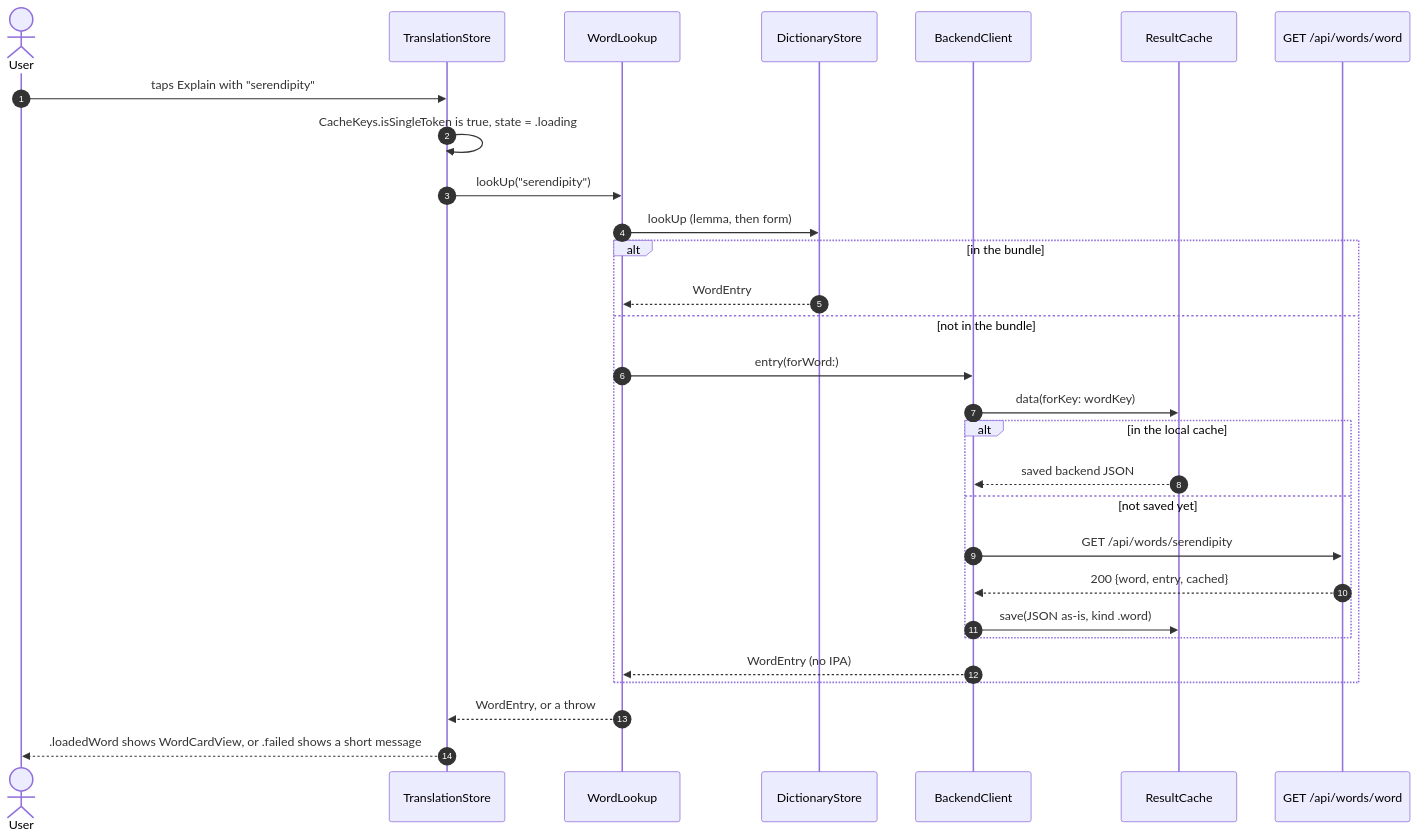
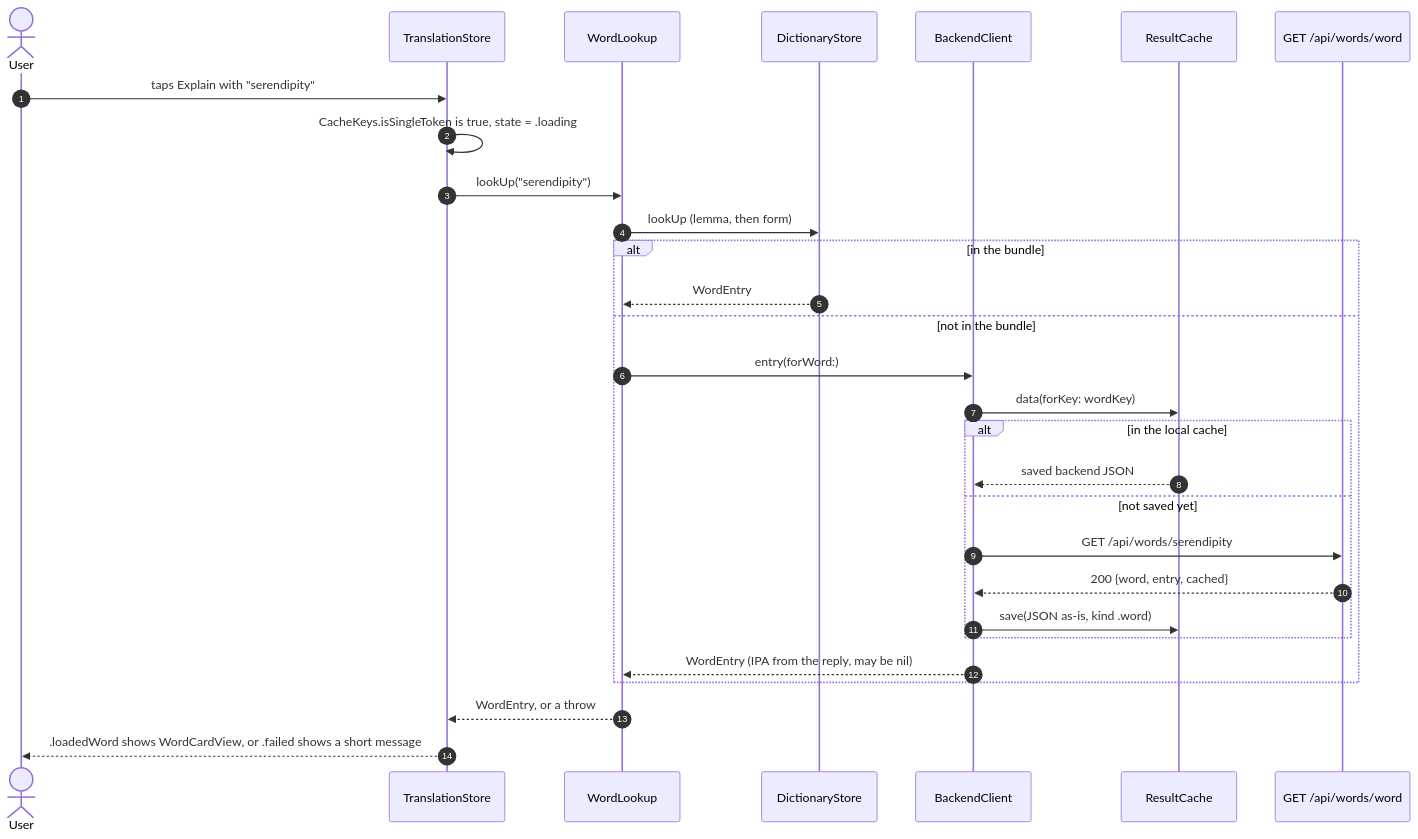
One commit to tranphuocloc070699/saynata changed the third of 4 diagrams in backlog/docs/features/doc-5 - Word-lookup.md. Above: the diagram before and after it, drawn with Mermaid. The commit also changed other lines of this file and 10 other files, not shown here.

````diff
--- a/backlog/docs/features/doc-5 - Word-lookup.md
+++ b/backlog/docs/features/doc-5 - Word-lookup.md
@@ -123,32 +124,32 @@
 ```mermaid
 sequenceDiagram
     autonumber
     actor U as User
     participant ST as TranslationStore
     participant WL as WordLookup
     participant DS as DictionaryStore
     participant BC as BackendClient
     participant RC as ResultCache
     participant API as GET /api/words/word
 
     U->>ST: taps Explain with "serendipity"
     ST->>ST: CacheKeys.isSingleToken is true, state = .loading
     ST->>WL: lookUp("serendipity")
     WL->>DS: lookUp (lemma, then form)
     alt in the bundle
         DS-->>WL: WordEntry
     else not in the bundle
         WL->>BC: entry(forWord:)
         BC->>RC: data(forKey: wordKey)
         alt in the local cache
             RC-->>BC: saved backend JSON
         else not saved yet
             BC->>API: GET /api/words/serendipity
             API-->>BC: 200 {word, entry, cached}
             BC->>RC: save(JSON as-is, kind .word)
         end
-        BC-->>WL: WordEntry (no IPA)
+        BC-->>WL: WordEntry (IPA from the reply, may be nil)
     end
     WL-->>ST: WordEntry, or a throw
     ST-->>U: .loadedWord shows WordCardView, or .failed shows a short message
 ```
````
